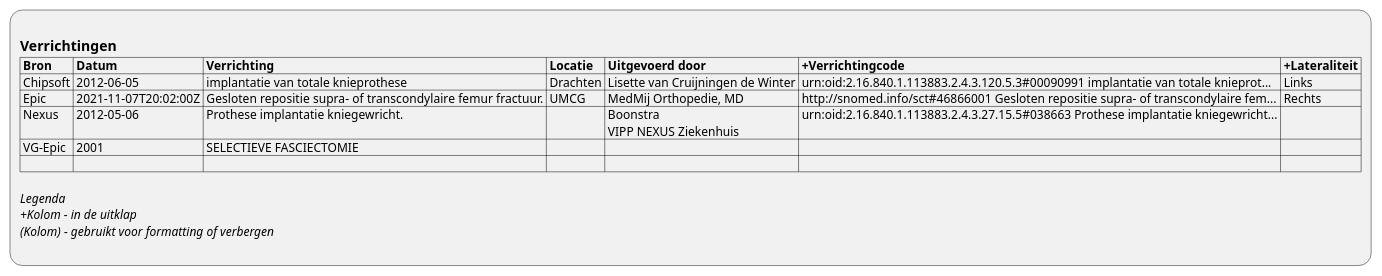
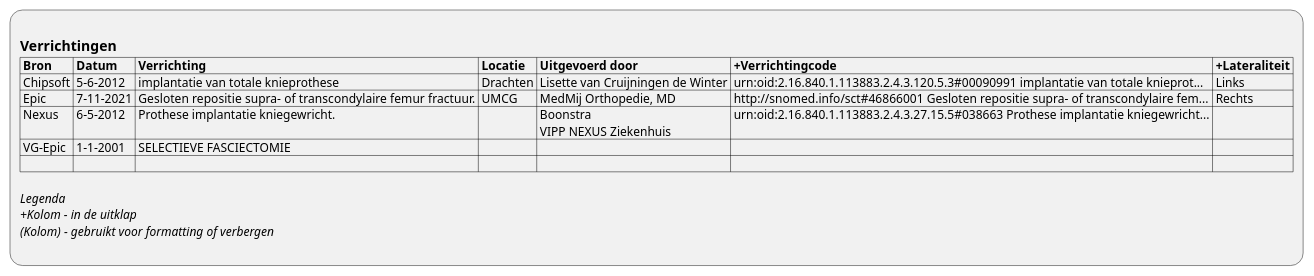
Before and after one commit to RIVO-Noord/zorgviewer-ig: the diagram in input/images-source/ViewDefinition-Procedure.plantuml, drawn with PlantUML. The commit also changed 14 other files, not shown here.

```diff
--- a/input/images-source/ViewDefinition-Procedure.plantuml
+++ b/input/images-source/ViewDefinition-Procedure.plantuml
@@ -1,15 +1,15 @@
 @startuml ViewDefinition-Procedure
 :
 == Verrichtingen
 |= Bron |= Datum |= Verrichting |= Locatie |= Uitgevoerd door |= +Verrichtingcode |= +Lateraliteit |
-| Chipsoft | 2012-06-05 | implantatie van totale knieprothese | Drachten | Lisette van Cruijningen de Winter | urn:oid:2.16.840.1.113883.2.4.3.120.5.3#00090991 implantatie van totale knieprot... | Links |
-| Epic | 2021-11-07T20:02:00Z | Gesloten repositie supra- of transcondylaire femur fractuur. | UMCG | MedMij Orthopedie, MD | http://snomed.info/sct#46866001 Gesloten repositie supra- of transcondylaire fem... | Rechts |
-| Nexus | 2012-05-06 | Prothese implantatie kniegewricht. |  | Boonstra\n VIPP NEXUS Ziekenhuis | urn:oid:2.16.840.1.113883.2.4.3.27.15.5#038663 Prothese implantatie kniegewricht... |  |
-| VG-Epic | 2001 | SELECTIEVE FASCIECTOMIE |  |  |  |  |
+| Chipsoft | 5-6-2012 | implantatie van totale knieprothese | Drachten | Lisette van Cruijningen de Winter | urn:oid:2.16.840.1.113883.2.4.3.120.5.3#00090991 implantatie van totale knieprot... | Links |
+| Epic | 7-11-2021 | Gesloten repositie supra- of transcondylaire femur fractuur. | UMCG | MedMij Orthopedie, MD | http://snomed.info/sct#46866001 Gesloten repositie supra- of transcondylaire fem... | Rechts |
+| Nexus | 6-5-2012 | Prothese implantatie kniegewricht. |  | Boonstra\n VIPP NEXUS Ziekenhuis | urn:oid:2.16.840.1.113883.2.4.3.27.15.5#038663 Prothese implantatie kniegewricht... |  |
+| VG-Epic | 1-1-2001 | SELECTIEVE FASCIECTOMIE |  |  |  |  |
 | |
 
 //Legenda//
 //+Kolom - in de uitklap//
 //(Kolom) - gebruikt voor formatting of verbergen//
 ;
 @enduml
```
